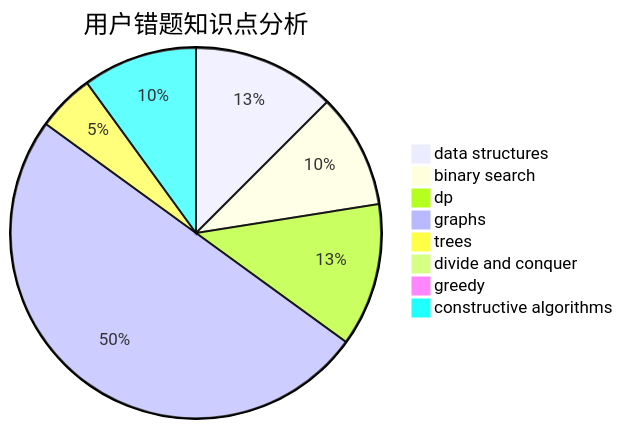
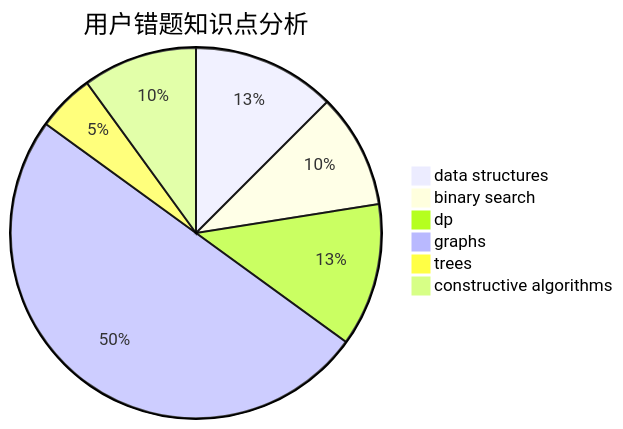
One commit to sherpahu/cfrs.github.io changed the third of 3 diagrams in docs/user/u467.md. Above: the diagram before and after it, drawn with Mermaid. The commit also changed other lines of this file and 2770 other files, not shown here.

````diff
--- a/docs/user/u467.md
+++ b/docs/user/u467.md
@@ -31,11 +28,9 @@
 ```mermaid
 pie title 用户错题知识点分析
     "data structures" :  5
     "binary search" :  4
     "dp" :  5
     "graphs" :  20
     "trees" :  2
-    "divide and conquer" :  0
-    "greedy" :  0
     "constructive algorithms" :  4
 ```
````
